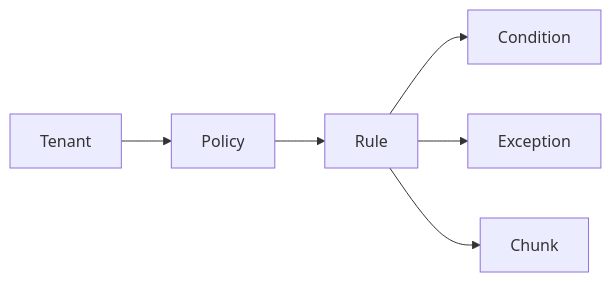
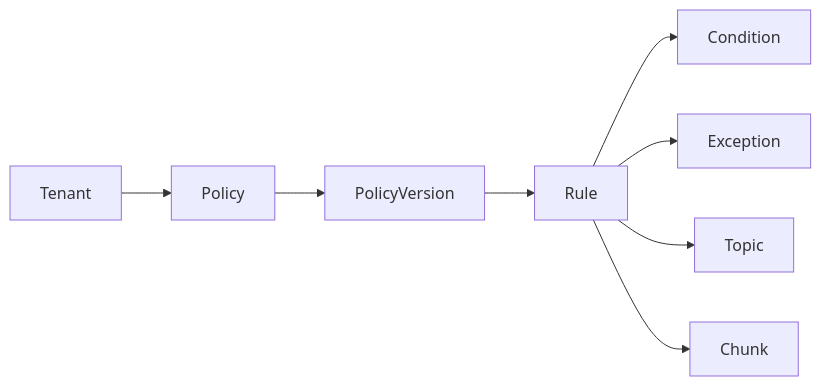
One commit to yhenriux/onfly-policy-copilot changed the third of 3 diagrams in docs/rag-arquitetura-explicacao-local-v1.md. Above: the diagram before and after it, drawn with Mermaid. The commit also changed other lines of this file and 4 other files, not shown here.

Commit message:
feat: enrich policy knowledge graph model

````diff
--- a/docs/rag-arquitetura-explicacao-local-v1.md
+++ b/docs/rag-arquitetura-explicacao-local-v1.md
@@ -94,8 +94,10 @@
 ```mermaid
 graph LR
     Tenant["Tenant"] --> Policy["Policy"]
-    Policy --> Rule["Rule"]
+    Policy --> Version["PolicyVersion"]
+    Version --> Rule["Rule"]
     Rule --> Condition["Condition"]
     Rule --> Exception["Exception"]
+    Rule --> Topic["Topic"]
     Rule --> Evidence["Chunk"]
 ```
````
